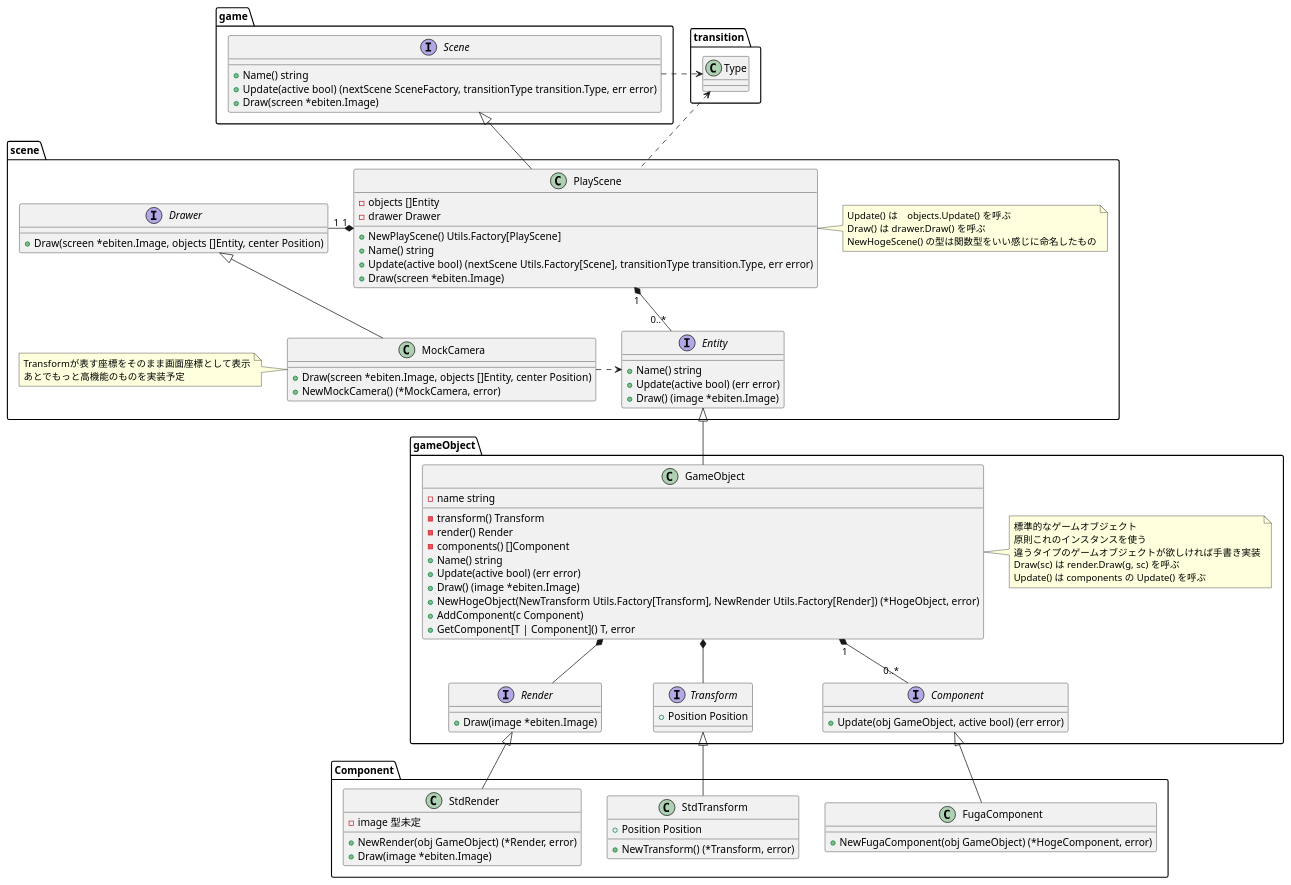
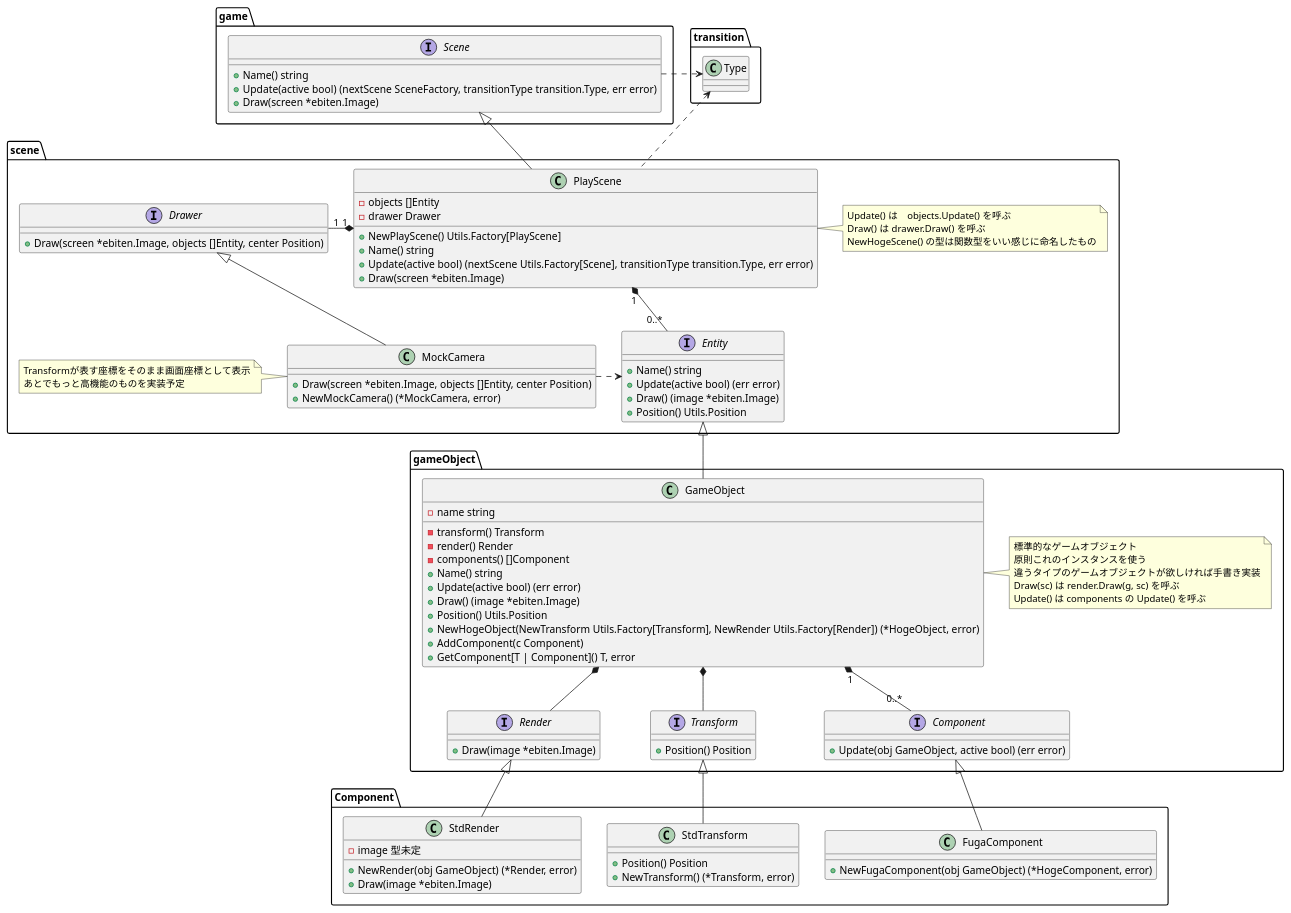
The diagram in Docs/Scene_class_diagram.puml (kmc-jp/Gamedev_Tempura-of-p--Phenylazo-phenol), drawn with PlantUML before and after one commit.

Commit message:
今回の仕様変更をクラス図に反映
- Entity.Position() Utils.Position を追加
- Transform.Position をフィールドからメソッドに変更

```diff
--- a/Docs/Scene_class_diagram.puml
+++ b/Docs/Scene_class_diagram.puml
@@ -1,111 +1,113 @@
 @startuml Scene_class_diagram
 
 package transition {
     class Type{}
 }
 
 package game {
     interface Scene {
         + Name() string
         + Update(active bool) (nextScene SceneFactory, transitionType transition.Type, err error)
         + Draw(screen *ebiten.Image)
     }
 
     Scene .right.> transition.Type
 }
 
 package scene {
     class PlayScene {
         - objects []Entity
         - drawer Drawer
         + NewPlayScene() Utils.Factory[PlayScene]
         + Name() string
         + Update(active bool) (nextScene Utils.Factory[Scene], transitionType transition.Type, err error)
         + Draw(screen *ebiten.Image)
     }
     note right of PlayScene : Update() は　objects.Update() を呼ぶ\nDraw() は drawer.Draw() を呼ぶ\nNewHogeScene() の型は関数型をいい感じに命名したもの
 
     PlayScene -up-|> game.Scene
     PlayScene .up.> transition.Type
 
 
     PlayScene "1" *-- "0..*" Entity
     PlayScene "1" *-left- "1" Drawer
 
     interface Entity {
         + Name() string
         + Update(active bool) (err error)
         + Draw() (image *ebiten.Image)
+        + Position() Utils.Position
     }
 
     interface Drawer {
         + Draw(screen *ebiten.Image, objects []Entity, center Position)
     }
 
     class MockCamera {
         + Draw(screen *ebiten.Image, objects []Entity, center Position)
         + NewMockCamera() (*MockCamera, error)
     }
     note left of MockCamera : Transformが表す座標をそのまま画面座標として表示\nあとでもっと高機能のものを実装予定
 
     MockCamera -up-|> Drawer
     MockCamera .> Entity
 }
 
 package gameObject {
     class GameObject {
         - name string
         - transform() Transform
         - render() Render
         - components() []Component
         + Name() string
         + Update(active bool) (err error)
         + Draw() (image *ebiten.Image)
+        + Position() Utils.Position
         + NewHogeObject(NewTransform Utils.Factory[Transform], NewRender Utils.Factory[Render]) (*HogeObject, error)
         + AddComponent(c Component)
         + GetComponent[T | Component]() T, error
     }
     note right of GameObject : 標準的なゲームオブジェクト\n原則これのインスタンスを使う\n違うタイプのゲームオブジェクトが欲しければ手書き実装\nDraw(sc) は render.Draw(g, sc) を呼ぶ\nUpdate() は components の Update() を呼ぶ
 
     GameObject -up-|> scene.Entity
     GameObject *-- Transform
     GameObject *-- Render
 
     GameObject "1" *-- "0..*" Component
 
     interface Transform {
-        + Position Position
+        + Position() Position
     }
 
     interface Render {
         + Draw(image *ebiten.Image)
     }
 
     interface Component {
         + Update(obj GameObject, active bool) (err error)
     }
 }
 
 package Component {
     class FugaComponent {
         + NewFugaComponent(obj GameObject) (*HogeComponent, error)
     }
 
     FugaComponent -up-|> gameObject.Component
 
     class StdTransform {
-        + Position Position
+        + Position() Position
         + NewTransform() (*Transform, error)
     }
 
     StdTransform -up-|> gameObject.Transform
 
     class StdRender {
         - image 型未定
         + NewRender(obj GameObject) (*Render, error)
         + Draw(image *ebiten.Image)
     }
 
     StdRender -up-|> gameObject.Render
 }
 @enduml
```
